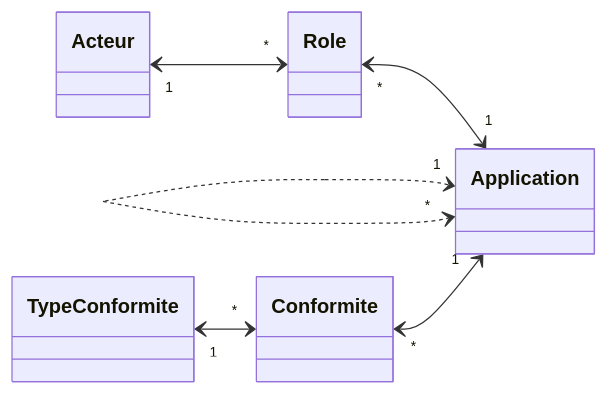
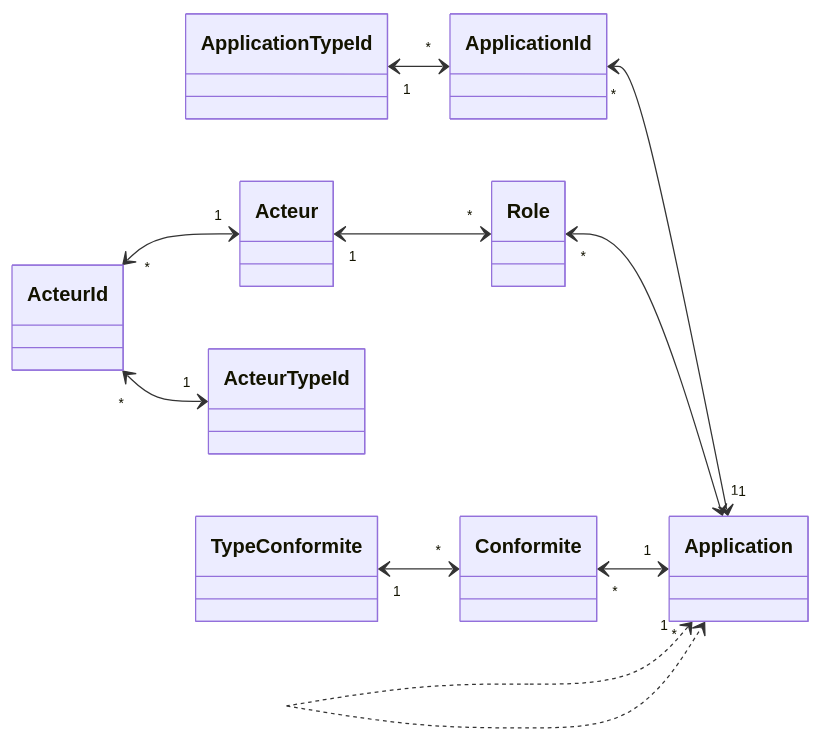
The first of 5 diagrams in docs/Application.md (dnum-mi/referentiel-applications-specs), drawn with Mermaid before and after one commit. The commit also changed other lines of this file, not shown here.

````diff
--- a/docs/Application.md
+++ b/docs/Application.md
@@ -21,21 +23,33 @@
 ```mermaid
 classDiagram
 direction RL
 
 class Application {
 	}
+class ApplicationId {
+	}
+class ApplicationTypeId {
+	}
 class Role {
 	}
 class Acteur {
+	}
+class ActeurId {
+	}
+class ActeurTypeId {
 	}
 class Conformite {
 	}
 class TypeConformite {
 	}
 
 Application "1" <--> "*" Role
 Application "1" <..> "*" Application
+Application "1" <--> "*" ApplicationId
+ApplicationId "*" <--> "1" ApplicationTypeId
 Role "*" <--> "1" Acteur
+Acteur "1" <--> "*" ActeurId
+ActeurTypeId "1" <--> "*" ActeurId
 Application "1" <--> "*" Conformite
 Conformite "*" <--> "1" TypeConformite
 ```
````
